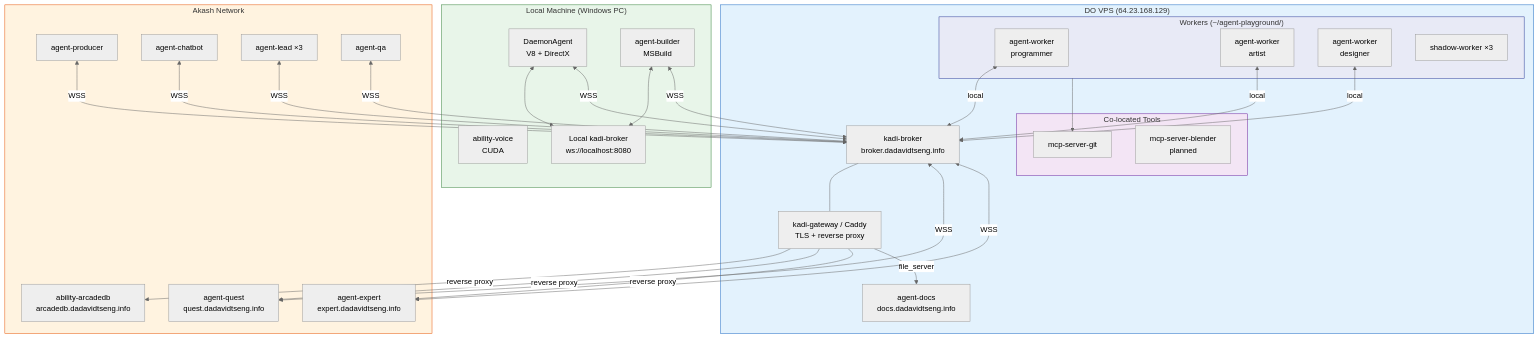
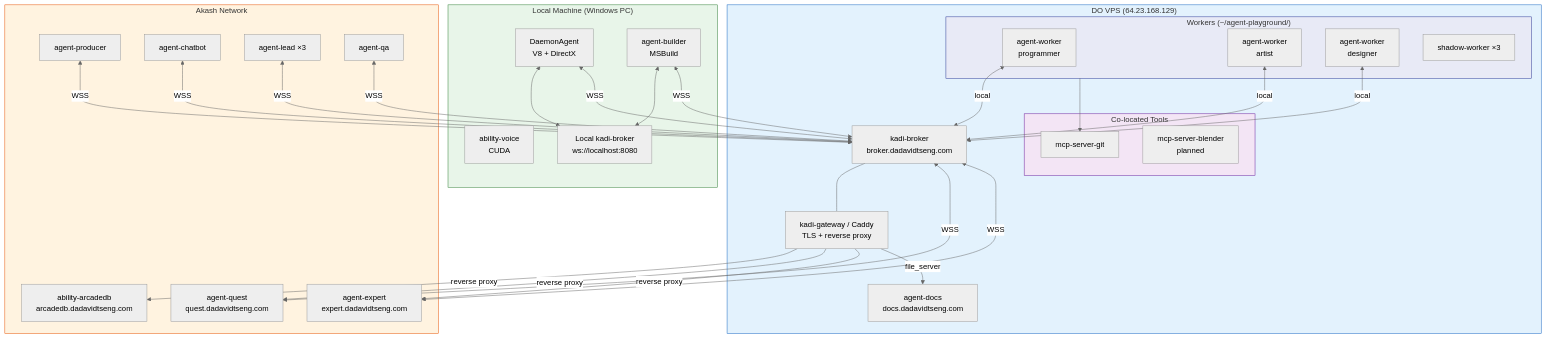
The first of 7 diagrams in Docs/network-topology.md (dadavidtseng/AGENTS), drawn with Mermaid (neutral theme) before and after one commit. The commit also changed other lines of this file and 11 other files, not shown here.

````diff
--- a/Docs/network-topology.md
+++ b/Docs/network-topology.md
@@ -11,64 +11,64 @@
 ```mermaid
 graph TB
     subgraph LOCAL["Local Machine (Windows PC)"]
         DA[DaemonAgent<br/>V8 + DirectX]
         AB[agent-builder<br/>MSBuild]
         AV[ability-voice<br/>CUDA]
         LB[Local kadi-broker<br/>ws://localhost:8080]
         DA <--> LB
         AB <--> LB
     end
 
     subgraph DO["DO VPS (64.23.168.129)"]
-        RB[kadi-broker<br/>broker.dadavidtseng.info]
+        RB[kadi-broker<br/>broker.dadavidtseng.com]
         GW[kadi-gateway / Caddy<br/>TLS + reverse proxy]
-        DOCS[agent-docs<br/>docs.dadavidtseng.info]
+        DOCS[agent-docs<br/>docs.dadavidtseng.com]
 
         subgraph WORKERS["Workers (~/agent-playground/)"]
             WP[agent-worker<br/>programmer]
             WA[agent-worker<br/>artist]
             WD[agent-worker<br/>designer]
             SP[shadow-worker ×3]
         end
 
         subgraph TOOLS["Co-located Tools"]
             GIT[mcp-server-git]
             BL[mcp-server-blender<br/>planned]
         end
 
         RB --- GW
         WORKERS --> GIT
     end
 
     subgraph AKASH["Akash Network"]
-        ARC[ability-arcadedb<br/>arcadedb.dadavidtseng.info]
-        AQ[agent-quest<br/>quest.dadavidtseng.info]
-        AE[agent-expert<br/>expert.dadavidtseng.info]
+        ARC[ability-arcadedb<br/>arcadedb.dadavidtseng.com]
+        AQ[agent-quest<br/>quest.dadavidtseng.com]
+        AE[agent-expert<br/>expert.dadavidtseng.com]
         AP[agent-producer]
         AC[agent-chatbot]
         AL[agent-lead ×3]
         QA[agent-qa]
     end
 
     DA <-->|WSS| RB
     AB <-->|WSS| RB
     WP <-->|local| RB
     WA <-->|local| RB
     WD <-->|local| RB
     AP <-->|WSS| RB
     AC <-->|WSS| RB
     AL <-->|WSS| RB
     QA <-->|WSS| RB
     AQ <-->|WSS| RB
     AE <-->|WSS| RB
     GW -->|reverse proxy| ARC
     GW -->|reverse proxy| AQ
     GW -->|reverse proxy| AE
     GW -->|file_server| DOCS
 
     style LOCAL fill:#e8f5e9,stroke:#2e7d32
     style DO fill:#e3f2fd,stroke:#1565c0
     style AKASH fill:#fff3e0,stroke:#e65100
     style WORKERS fill:#e8eaf6,stroke:#283593
     style TOOLS fill:#f3e5f5,stroke:#6a1b9a
 ```
````
